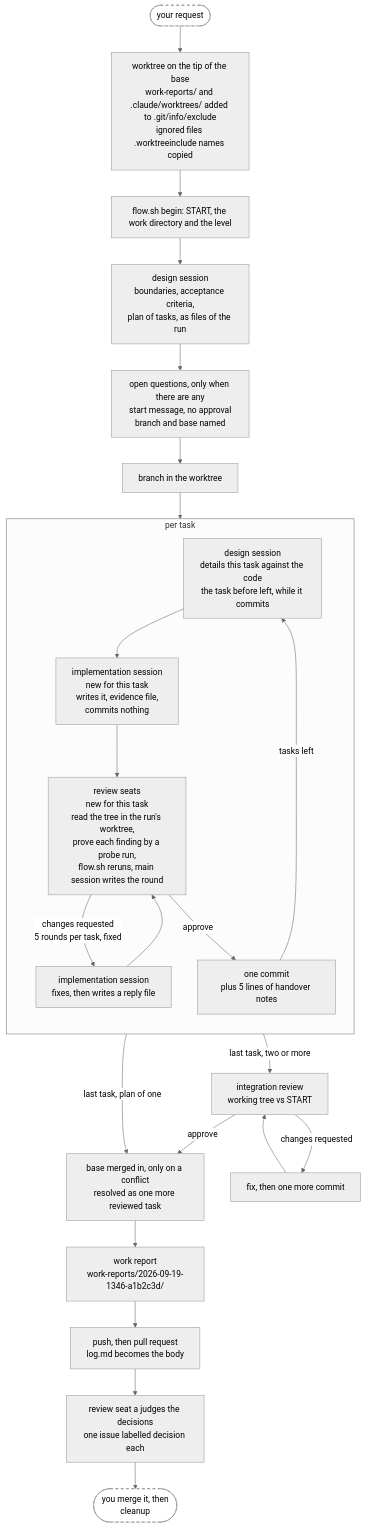
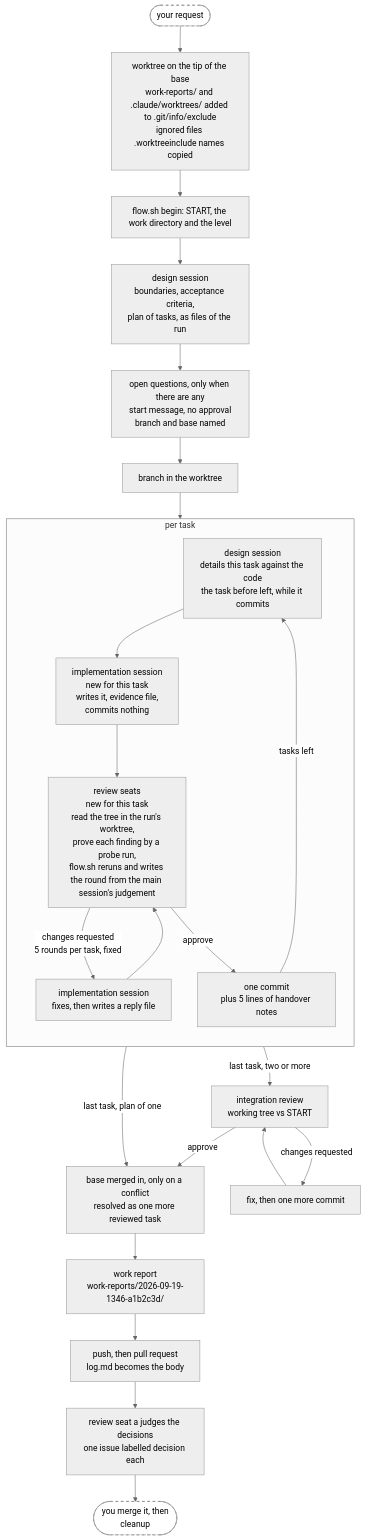
The second of 4 diagrams in plugins/annetaan/README.md (annetaan/claude-plugins), drawn with Mermaid (neutral theme) before and after one commit. The commit also changed other lines of this file and 15 other files, not shown here.

First line of the commit message:
Have `flow.sh round` write each round file from the main session's judgement (#260) (#261)

````diff
--- a/plugins/annetaan/README.md
+++ b/plugins/annetaan/README.md
@@ -173,33 +173,33 @@
 ```mermaid
 flowchart TD
     req(["your request"]) --> wt["worktree on the tip of the base<br/>work-reports/ and .claude/worktrees/ added to .git/info/exclude<br/>ignored files .worktreeinclude names copied"] --> begin["flow.sh begin: START, the work directory and the level"] --> design["design session<br/>boundaries, acceptance criteria,<br/>plan of tasks, as files of the run"]
     design --> ask["open questions, only when there are any<br/>start message, no approval<br/>branch and base named"]
     ask --> setup["branch in the worktree"]
     setup --> detail
 
     subgraph task["per task"]
         direction TB
         detail["design session<br/>details this task against the code<br/>the task before left, while it commits"]
         impl["implementation session<br/>new for this task<br/>writes it, evidence file,<br/>commits nothing"]
-        review["review seats<br/>new for this task<br/>read the tree in the run's worktree,<br/>prove each finding by a probe run,<br/>flow.sh reruns, main session writes the round"]
+        review["review seats<br/>new for this task<br/>read the tree in the run's worktree,<br/>prove each finding by a probe run,<br/>flow.sh reruns and writes the round from the main session's judgement"]
         respond["implementation session<br/>fixes, then writes a reply file"]
         commit["one commit<br/>plus 5 lines of handover notes"]
         detail --> impl --> review
         review -->|"changes requested<br/>5 rounds per task, fixed"| respond
         respond --> review
         review -->|approve| commit
         commit -->|tasks left| detail
     end
 
     commit -->|"last task, two or more"| integ["integration review<br/>working tree vs START"]
     commit -->|"last task, plan of one"| sync
     integ -->|changes requested| integfix["fix, then one more commit"]
     integfix --> integ
     integ -->|approve| sync["base merged in, only on a conflict<br/>resolved as one more reviewed task"]
     sync --> report["work report<br/>work-reports/2026-09-19-1346-a1b2c3d/"]
     report --> pr["push, then pull request<br/>log.md becomes the body"]
     pr --> decisions["review seat a judges the decisions<br/>one issue labelled decision each"] --> clean(["you merge it, then<br/>cleanup"])
 
     classDef human fill:#fff,stroke:#888,stroke-dasharray: 5 5
     class req,clean human
 ```
````
